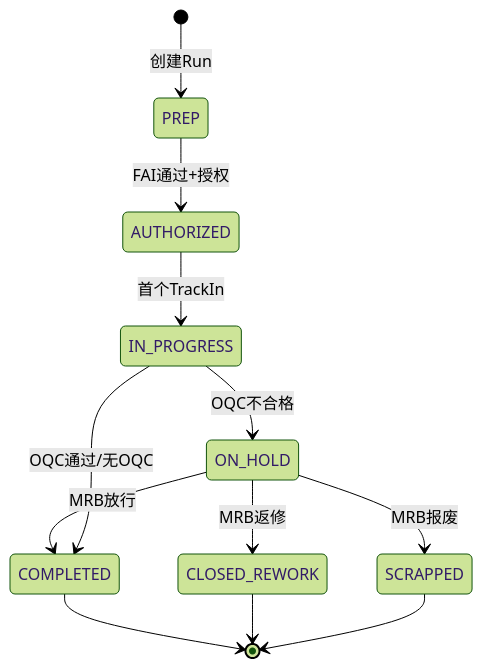
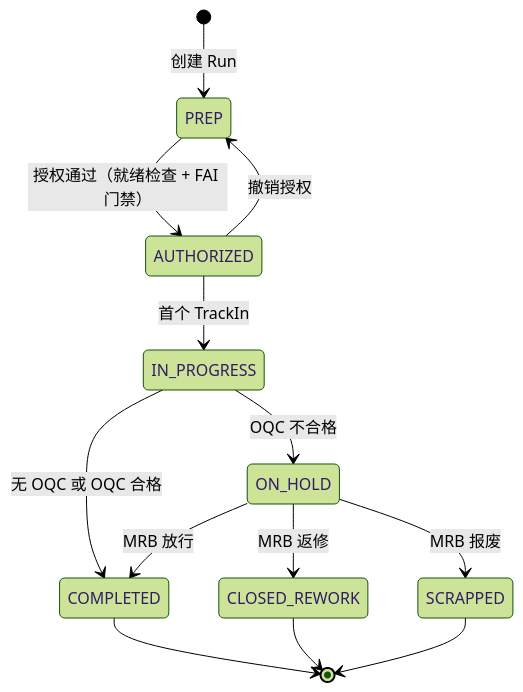
The second of 3 diagrams in domain_docs/mes/spec/process/02_state_machines.md (catoncat/better), drawn with Mermaid (forest theme) before and after one commit. The commit also changed other lines of this file and 22 other files, not shown here.

First line of the commit message:
- Flow 文档已保持“流程图 + 说明 + References”，去掉了 Legend/State Reference 等混入内容，并把节

````diff
--- a/domain_docs/mes/spec/process/02_state_machines.md
+++ b/domain_docs/mes/spec/process/02_state_machines.md
@@ -52,18 +22,18 @@
 ```mermaid
 stateDiagram-v2
-  [*] --> PREP: 创建Run
-  PREP --> AUTHORIZED: FAI通过+授权
+  [*] --> PREP: 创建 Run
+  PREP --> AUTHORIZED: 授权通过（就绪检查 + FAI 门禁）
+  AUTHORIZED --> PREP: 撤销授权
+  AUTHORIZED --> IN_PROGRESS: 首个 TrackIn
 
-  AUTHORIZED --> IN_PROGRESS: 首个TrackIn
-  IN_PROGRESS --> ON_HOLD: OQC不合格
+  IN_PROGRESS --> COMPLETED: 无 OQC 或 OQC 合格
+  IN_PROGRESS --> ON_HOLD: OQC 不合格
 
-  ON_HOLD --> COMPLETED: MRB放行
-  ON_HOLD --> CLOSED_REWORK: MRB返修
-  ON_HOLD --> SCRAPPED: MRB报废
-
-  IN_PROGRESS --> COMPLETED: OQC通过/无OQC
+  ON_HOLD --> COMPLETED: MRB 放行
+  ON_HOLD --> CLOSED_REWORK: MRB 返修
+  ON_HOLD --> SCRAPPED: MRB 报废
 
   COMPLETED --> [*]
   CLOSED_REWORK --> [*]
   SCRAPPED --> [*]
 ```
````
